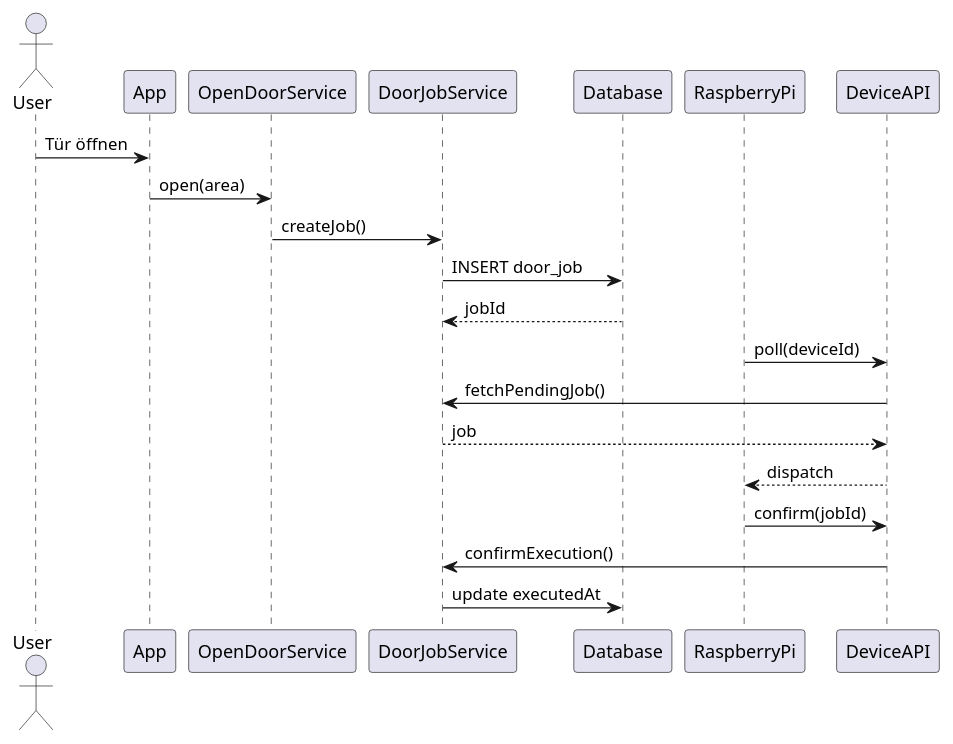
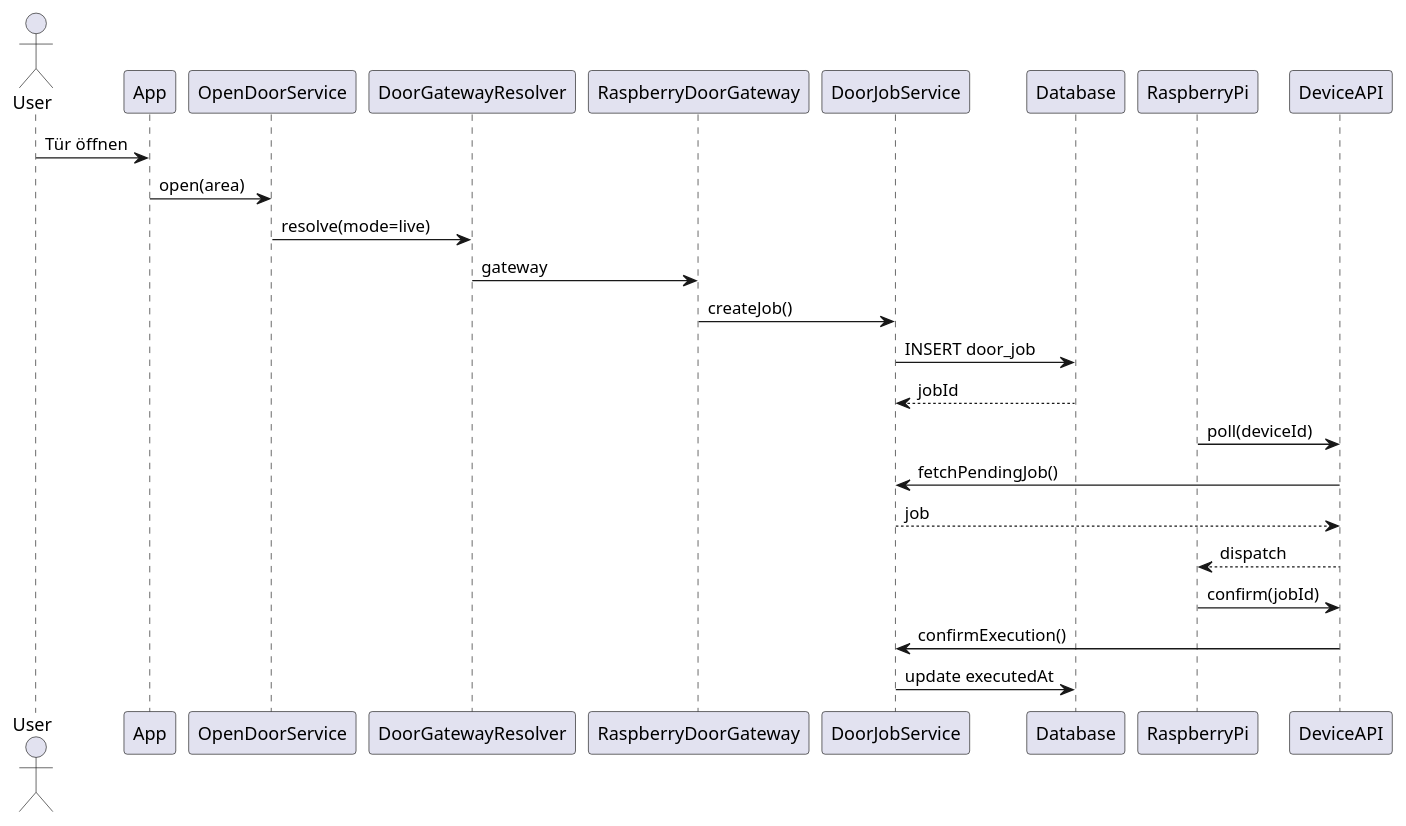
One commit to zukunftsforum-rissen/community-offers-bundle changed the first of 2 diagrams in docs/architecture/door-control-sequence-diagrams.md. Above: the diagram before and after it, drawn with PlantUML. The commit also changed other lines of this file and 49 other files, not shown here.

````diff
--- a/docs/architecture/door-control-sequence-diagrams.md
+++ b/docs/architecture/door-control-sequence-diagrams.md
@@ -29,29 +28,34 @@
 ```plantuml
 @startuml
 actor User
 participant App
 participant OpenDoorService
+participant DoorGatewayResolver
+participant RaspberryDoorGateway
 participant DoorJobService
 participant Database
 participant RaspberryPi
 participant DeviceAPI
 
 User -> App : Tür öffnen
 App -> OpenDoorService : open(area)
 
-OpenDoorService -> DoorJobService : createJob()
+OpenDoorService -> DoorGatewayResolver : resolve(mode=live)
+DoorGatewayResolver -> RaspberryDoorGateway : gateway
+
+RaspberryDoorGateway -> DoorJobService : createJob()
 DoorJobService -> Database : INSERT door_job
 Database --> DoorJobService : jobId
 
 RaspberryPi -> DeviceAPI : poll(deviceId)
 DeviceAPI -> DoorJobService : fetchPendingJob()
 
 DoorJobService --> DeviceAPI : job
 DeviceAPI --> RaspberryPi : dispatch
 
 RaspberryPi -> DeviceAPI : confirm(jobId)
 DeviceAPI -> DoorJobService : confirmExecution()
 
 DoorJobService -> Database : update executedAt
 @enduml
 ```
````
